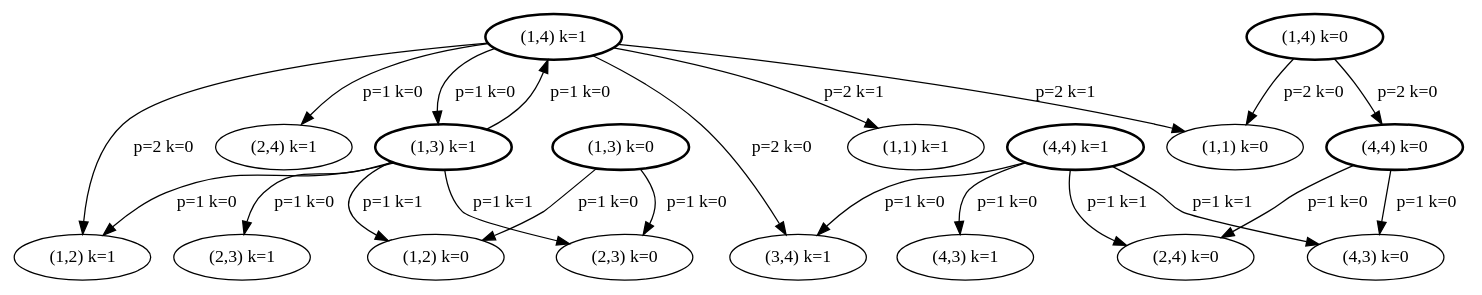
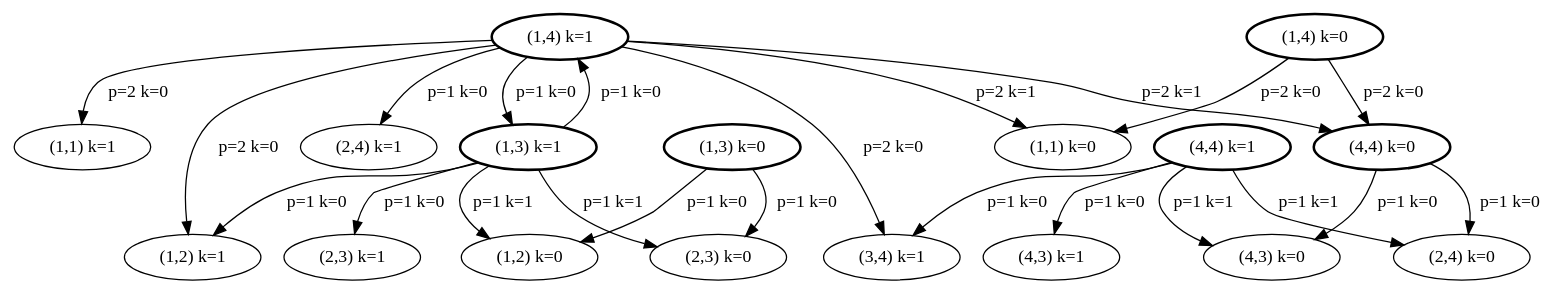
Before and after one commit to matguer/algoritmos3: the diagram in tp2/ej3/grafoEjemploEj3.dot, drawn with Graphviz. The commit also changed 2 other files, not shown here.

```diff
--- a/tp2/ej3/grafoEjemploEj3.dot
+++ b/tp2/ej3/grafoEjemploEj3.dot
@@ -1,70 +1,71 @@
 digraph A { 
 /*Graficar usando dot grafoEjemploEj3.dot -o grafo1.png -Tpng -Grankdir=LR*/
 1 [label="(1,1) k=1"];
 2 [label="(1,2) k=1"];
 3 [label="(1,3) k=1"];
 4 [label="(1,4) k=1"];
 //5 [label="(2,1) k=1"];
 //6 [label="(2,2) k=1"];
 7 [label="(2,3) k=1"];
 8 [label="(2,4) k=1"];
 //9 [label="(3,1) k=1"];
 //10 [label="(3,2) k=1"];
 //11 [label="(3,3) k=1"];
 12 [label="(3,4) k=1"];
 //13 [label="(4,1) k=1"];
 //14 [label="(4,2) k=1"];
 15 [label="(4,3) k=1"];
 16 [label="(4,4) k=1"];
 
 17 [label="(1,1) k=0"];
 18 [label="(1,2) k=0"];
 19 [label="(1,3) k=0"];
 20 [label="(1,4) k=0"];
 //21 [label="(2,1) k=0"];
 //22 [label="(2,2) k=0"];
 23 [label="(2,3) k=0"];
 24 [label="(2,4) k=0"];
 //25 [label="(3,1) k=0"];
 //26 [label="(3,2) k=0"];
 //27 [label="(3,3) k=0"];
 //28 [label="(3,4) k=0"];
 //29 [label="(4,1) k=0"];
 //30 [label="(4,2) k=0"];
 31 [label="(4,3) k=0"];
 32 [label="(4,4) k=0"];
 
 16 -> 15 [label="p=1 k=0"]; 
 16 -> 12 [label="p=1 k=0"]; 
 16 -> 31 [label="p=1 k=1"];
 16 -> 24 [label="p=1 k=1"];
 //16 -> 32 [label="", style=dashed];
 32 -> 31 [label="p=1 k=0"];
 32 -> 24 [label="p=1 k=0"];
 
 4 -> 3 [label="p=1 k=0"];
 4 -> 2 [label="p=2 k=0"];
-4 -> 1 [label="p=2 k=1"];
+4 -> 1 [label="p=2 k=0"];
 4 -> 8 [label="p=1 k=0"];
 4 -> 12 [label="p=2 k=0"];
 4 -> 17 [label="p=2 k=1"];
+4 -> 32 [label="p=2 k=1"];
 //4 -> 20  [label="", style=dashed];
 20 -> 17 [label="p=2 k=0"];
 20 -> 32 [label="p=2 k=0"];
 
 3 -> 2 [label="p=1 k=0"]; 
 3 -> 7 [label="p=1 k=0"]; 
 3 -> 4 [label="p=1 k=0"]; 
 3 -> 18 [label="p=1 k=1"];
 3 -> 23 [label="p=1 k=1"];
 //3 -> 19 [label="", style=dashed];
 19 -> 18 [label="p=1 k=0"];
 19 -> 23 [label="p=1 k=0"];
 
 16 [style=bold]; 
 32 [style=bold]; 
 4 [style=bold]; 
 20 [style=bold]; 
 3 [style=bold]; 
 19 [style=bold]; 
 }
```
